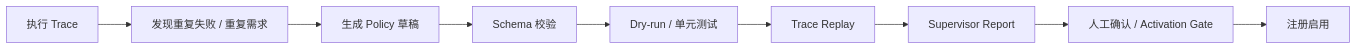
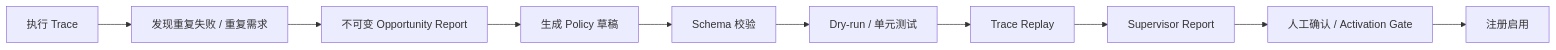
One commit to WeiSuanDi/EvoPi changed the diagram in docs/design/POLICY_SYSTEM.md. Above: the diagram before and after it, drawn with Mermaid. The commit also changed other lines of this file and 12 other files, not shown here.

Commit message:
Add policy pattern discovery evidence

````diff
--- a/docs/design/POLICY_SYSTEM.md
+++ b/docs/design/POLICY_SYSTEM.md
@@ -313,11 +313,12 @@
 ```mermaid
 flowchart LR
     Trace["执行 Trace"] --> Pattern["发现重复失败 / 重复需求"]
-    Pattern --> Draft["生成 Policy 草稿"]
+    Pattern --> Opportunity["不可变 Opportunity Report"]
+    Opportunity --> Draft["生成 Policy 草稿"]
     Draft --> Schema["Schema 校验"]
     Schema --> DryRun["Dry-run / 单元测试"]
     DryRun --> Replay["Trace Replay"]
     Replay --> Supervisor["Supervisor Report"]
     Supervisor --> Human["人工确认 / Activation Gate"]
     Human --> Registry["注册启用"]
 ```
````
